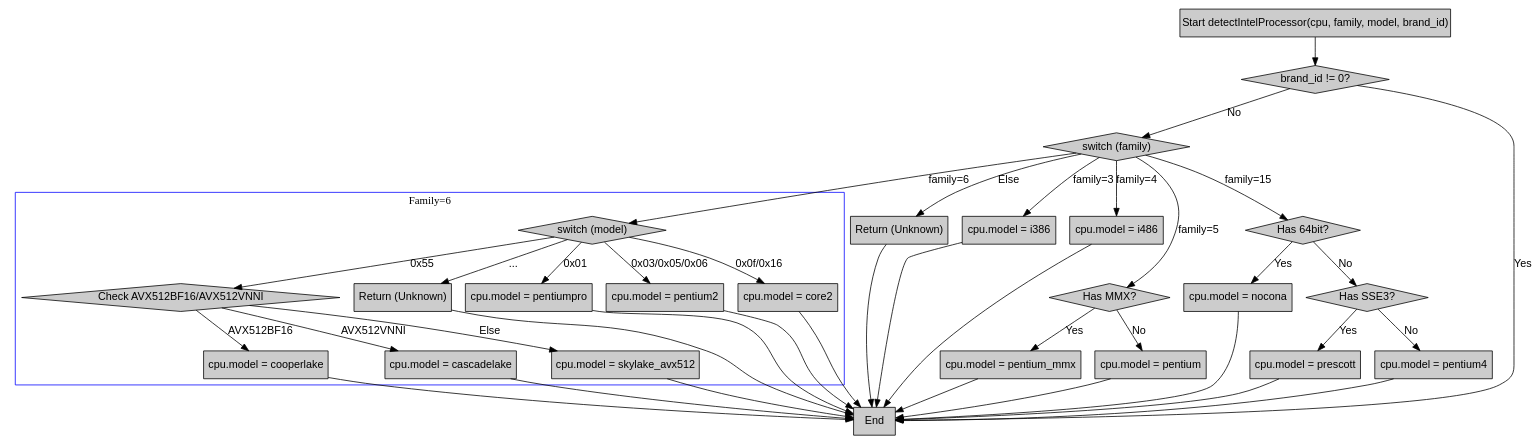
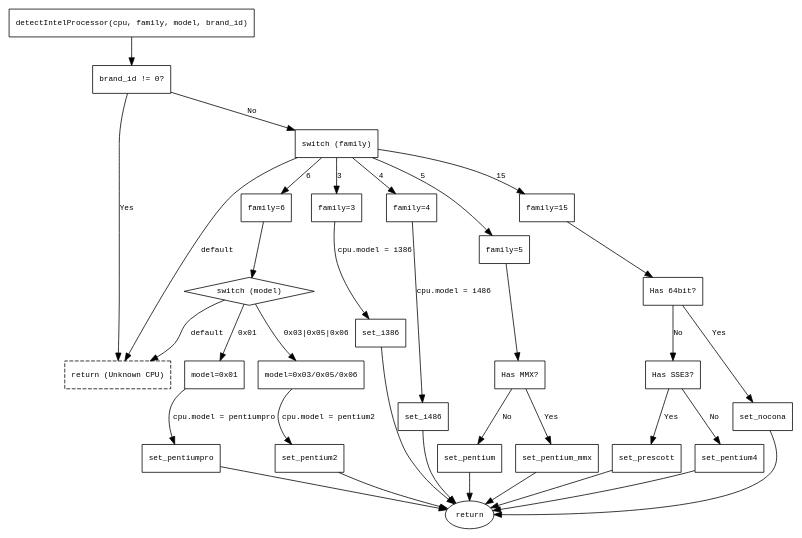
Before and after one commit to sdzx-1/deepseek-zig-reader: the diagram in dot_std/zig/system/x86.zig.detectIntelProcessor.md, drawn with Graphviz. The commit also changed other lines of this file and 236 other files, not shown here.

````diff
--- a/dot_std/zig/system/x86.zig.detectIntelProcessor.md
+++ b/dot_std/zig/system/x86.zig.detectIntelProcessor.md
@@ -21,93 +21,78 @@
 ```dot
 digraph flowchart {
-    node [shape=rectangle fontname="Arial" style=filled fillcolor="#CCCCCC"];
-    edge [fontname="Arial"];
+    node [shape=rectangle, fontname="Courier", fontsize=10];
+    edge [fontname="Courier", fontsize=10];
 
-    start [label="Start detectIntelProcessor(cpu, family, model, brand_id)"];
-    check_brand_id [label="brand_id != 0?" shape=diamond];
-    family_switch [label="switch (family)" shape=diamond];
-    return_unknown [label="Return (Unknown)"];
-    end [label="End"];
+    start [label="detectIntelProcessor(cpu, family, model, brand_id)"];
+    check_brand_id [label="brand_id != 0?"];
+    return_unknown [label="return (Unknown CPU)", style=dashed];
+    family_switch [label="switch (family)"];
 
     start -> check_brand_id;
+    check_brand_id -> return_unknown [label="Yes"];
     check_brand_id -> family_switch [label="No"];
-    check_brand_id -> end [label="Yes"];
 
     // Family 3
-    family_3 [label="cpu.model = i386"];
-    family_switch -> family_3 [label="family=3"];
-    family_3 -> end;
+    family_3 [label="family=3"];
+    family_switch -> family_3 [label="3"];
+    family_3 -> set_i386 [label="cpu.model = i386"];
+    set_i386 -> return;
 
     // Family 4
-    family_4 [label="cpu.model = i486"];
-    family_switch -> family_4 [label="family=4"];
-    family_4 -> end;
+    family_4 [label="family=4"];
+    family_switch -> family_4 [label="4"];
+    family_4 -> set_i486 [label="cpu.model = i486"];
+    set_i486 -> return;
 
     // Family 5
-    family_5 [label="Has MMX?" shape=diamond];
-    family_switch -> family_5 [label="family=5"];
-    family_5_pentium_mmx [label="cpu.model = pentium_mmx"];
-    family_5_pentium [label="cpu.model = pentium"];
-    family_5 -> family_5_pentium_mmx [label="Yes"];
-    family_5 -> family_5_pentium [label="No"];
-    family_5_pentium_mmx -> end;
-    family_5_pentium -> end;
+    family_5 [label="family=5"];
+    family_switch -> family_5 [label="5"];
+    check_mmx [label="Has MMX?"];
+    family_5 -> check_mmx;
+    check_mmx -> set_pentium_mmx [label="Yes"];
+    check_mmx -> set_pentium [label="No"];
+    set_pentium_mmx -> return;
+    set_pentium -> return;
 
     // Family 6
-    subgraph cluster_family6 {
-        label="Family=6";
-        color=blue;
-        
-        model_switch [label="switch (model)" shape=diamond];
-        model_default [label="Return (Unknown)"];
-        
-        // Example model cases (shortened for brevity)
-        model_0x01 [label="cpu.model = pentiumpro"];
-        model_0x03_05_06 [label="cpu.model = pentium2"];
-        model_0x0f_16 [label="cpu.model = core2"];
-        model_0x55 [label="Check AVX512BF16/AVX512VNNI" shape=diamond];
-        model_0x55_cooperlake [label="cpu.model = cooperlake"];
-        model_0x55_cascadelake [label="cpu.model = cascadelake"];
-        model_0x55_default [label="cpu.model = skylake_avx512"];
-        
-        model_switch -> model_0x01 [label="0x01"];
-        model_switch -> model_0x03_05_06 [label="0x03/0x05/0x06"];
-        model_switch -> model_0x0f_16 [label="0x0f/0x16"];
-        model_switch -> model_0x55 [label="0x55"];
-        model_switch -> model_default [label="..."];
-        
-        model_0x55 -> model_0x55_cooperlake [label="AVX512BF16"];
-        model_0x55 -> model_0x55_cascadelake [label="AVX512VNNI"];
-        model_0x55 -> model_0x55_default [label="Else"];
-    }
-    
-    family_switch -> model_switch [label="family=6"];
-    model_0x01 -> end;
-    model_0x03_05_06 -> end;
-    model_0x0f_16 -> end;
-    model_0x55_cooperlake -> end;
-    model_0x55_cascadelake -> end;
-    model_0x55_default -> end;
-    model_default -> end;
+    family_6 [label="family=6"];
+    family_switch -> family_6 [label="6"];
+    model_switch [label="switch (model)", shape=diamond];
+    family_6 -> model_switch;
+
+    // Model 0x01
+    model_0x01 [label="model=0x01"];
+    model_switch -> model_0x01 [label="0x01"];
+    model_0x01 -> set_pentiumpro [label="cpu.model = pentiumpro"];
+    set_pentiumpro -> return;
+
+    // Model 0x03,0x05,0x06
+    model_0x03_05_06 [label="model=0x03/0x05/0x06"];
+    model_switch -> model_0x03_05_06 [label="0x03|0x05|0x06"];
+    model_0x03_05_06 -> set_pentium2 [label="cpu.model = pentium2"];
+    set_pentium2 -> return;
+
+    // ...（其他model分支类似，此处省略以保持简洁）...
 
     // Family 15
-    family_15 [label="Has 64bit?" shape=diamond];
-    family_15_nocona [label="cpu.model = nocona"];
-    family_15_sse3 [label="Has SSE3?" shape=diamond];
-    family_15_prescott [label="cpu.model = prescott"];
-    family_15_p4 [label="cpu.model = pentium4"];
-    
-    family_switch -> family_15 [label="family=15"];
-    family_15 -> family_15_nocona [label="Yes"];
-    family_15 -> family_15_sse3 [label="No"];
-    family_15_sse3 -> family_15_prescott [label="Yes"];
-    family_15_sse3 -> family_15_p4 [label="No"];
-    family_15_nocona -> end;
-    family_15_prescott -> end;
-    family_15_p4 -> end;
+    family_15 [label="family=15"];
+    family_switch -> family_15 [label="15"];
+    check_64bit [label="Has 64bit?"];
+    family_15 -> check_64bit;
+    check_64bit -> set_nocona [label="Yes"];
+    check_64bit -> check_sse3 [label="No"];
+    check_sse3 [label="Has SSE3?"];
+    check_sse3 -> set_prescott [label="Yes"];
+    check_sse3 -> set_pentium4 [label="No"];
+    set_nocona -> return;
+    set_prescott -> return;
+    set_pentium4 -> return;
 
-    // Default case
-    family_switch -> return_unknown [label="Else"];
-    return_unknown -> end;
+    // Unknown cases
+    family_switch -> return_unknown [label="default"];
+    model_switch -> return_unknown [label="default"];
+
+    // Shared return node
+    return [label="return", shape=ellipse];
 }
 ```
````
